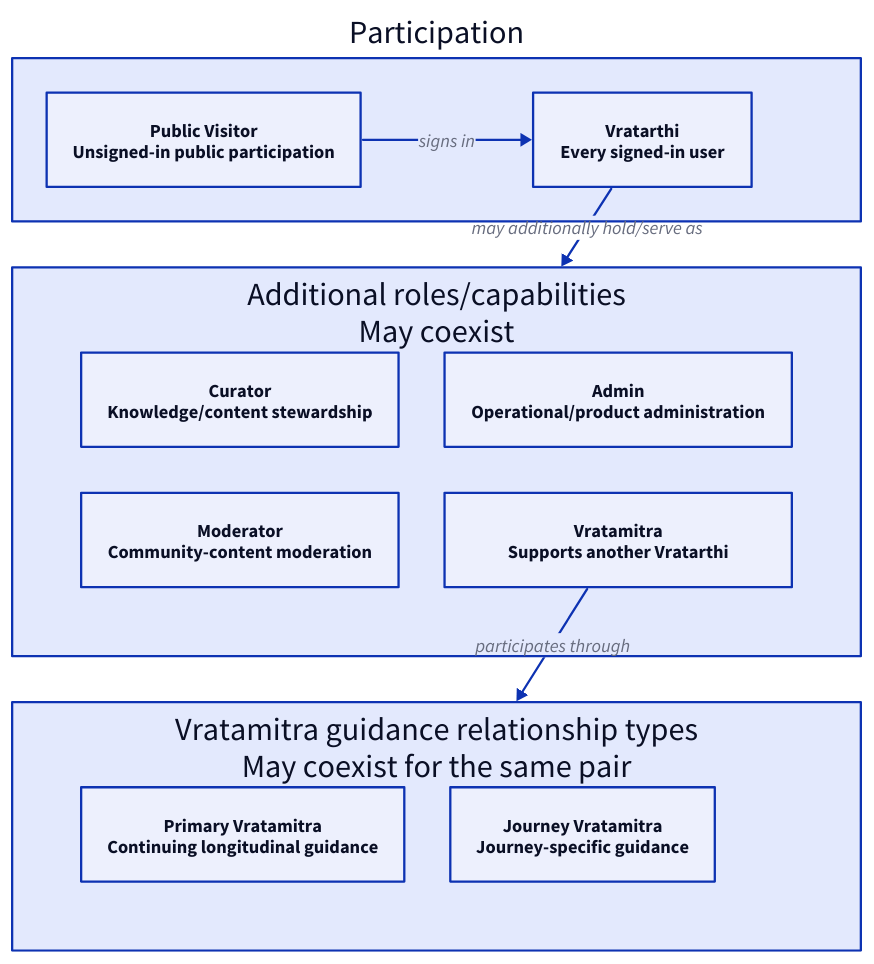
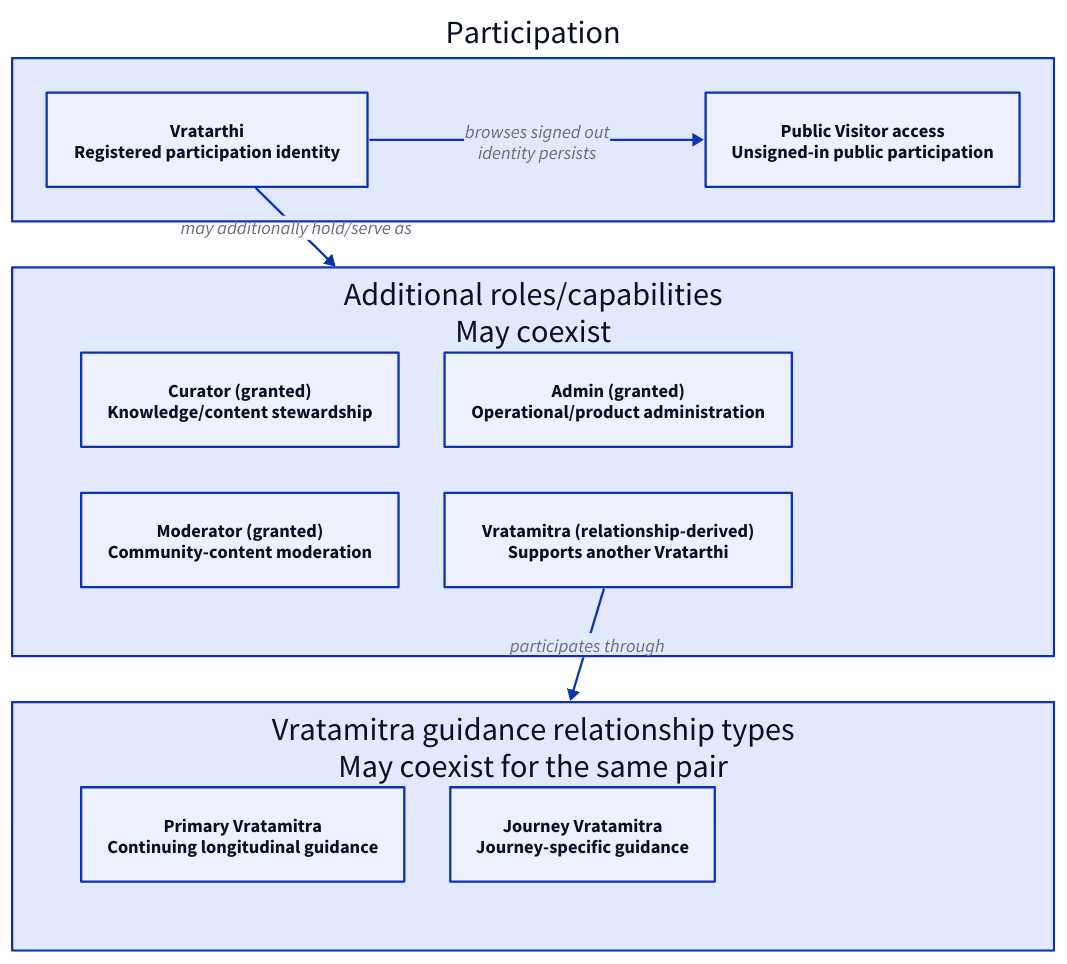
Before and after one commit to omchavan-jp/veervrat-app: the diagram in product-design/02-actors-and-relationships/diagrams/actors-and-relationships.d2, drawn with D2. The commit also changed 12 other files, not shown here.

First line of the commit message:
feat(product-design): define identity and participation ontology (#376)

```diff
--- a/product-design/02-actors-and-relationships/diagrams/actors-and-relationships.d2
+++ b/product-design/02-actors-and-relationships/diagrams/actors-and-relationships.d2
@@ -1,28 +1,28 @@
-# Explanatory projection of PD-010, PD-007, PD-008, and PD-009.
-# actor-inventory.mdx and the relationship records remain semantic truth.
+# Explanatory projection of PD-011, PD-007, PD-008, and PD-009.
+# PH-003 identity-participation-and-roles.mdx and the relationship records remain semantic truth.
 direction: down
 grid-columns: 1
 
 participation: "Participation" {
   direction: right
-  visitor: "Public Visitor\nUnsigned-in public participation" {class: platform}
-  vratarthi: "Vratarthi\nEvery signed-in user" {class: core}
-  visitor -> vratarthi: "signs in" {class: progression}
+  visitor: "Public Visitor access\nUnsigned-in public participation" {class: platform}
+  vratarthi: "Vratarthi\nRegistered participation identity" {class: core}
+  vratarthi -> visitor: "browses signed out\nidentity persists" {class: progression}
 }
 
 capabilities: "Additional roles/capabilities\nMay coexist" {
   grid-columns: 2
-  curator: "Curator\nKnowledge/content stewardship" {class: process}
-  moderator: "Moderator\nCommunity-content moderation" {class: process}
-  admin: "Admin\nOperational/product administration" {class: process}
-  guide: "Vratamitra\nSupports another Vratarthi" {class: process}
+  curator: "Curator (granted)\nKnowledge/content stewardship" {class: process}
+  moderator: "Moderator (granted)\nCommunity-content moderation" {class: process}
+  admin: "Admin (granted)\nOperational/product administration" {class: process}
+  guide: "Vratamitra (relationship-derived)\nSupports another Vratarthi" {class: process}
 }
 
 guidance: "Vratamitra guidance relationship types\nMay coexist for the same pair" {
   grid-columns: 2
   primary: "Primary Vratamitra\nContinuing longitudinal guidance" {class: outcome}
   journey: "Journey Vratamitra\nJourney-specific guidance" {class: outcome}
 }
 
 participation.vratarthi -> capabilities: "may additionally hold/serve as" {class: support}
 capabilities.guide -> guidance: "participates through" {class: support}
```
